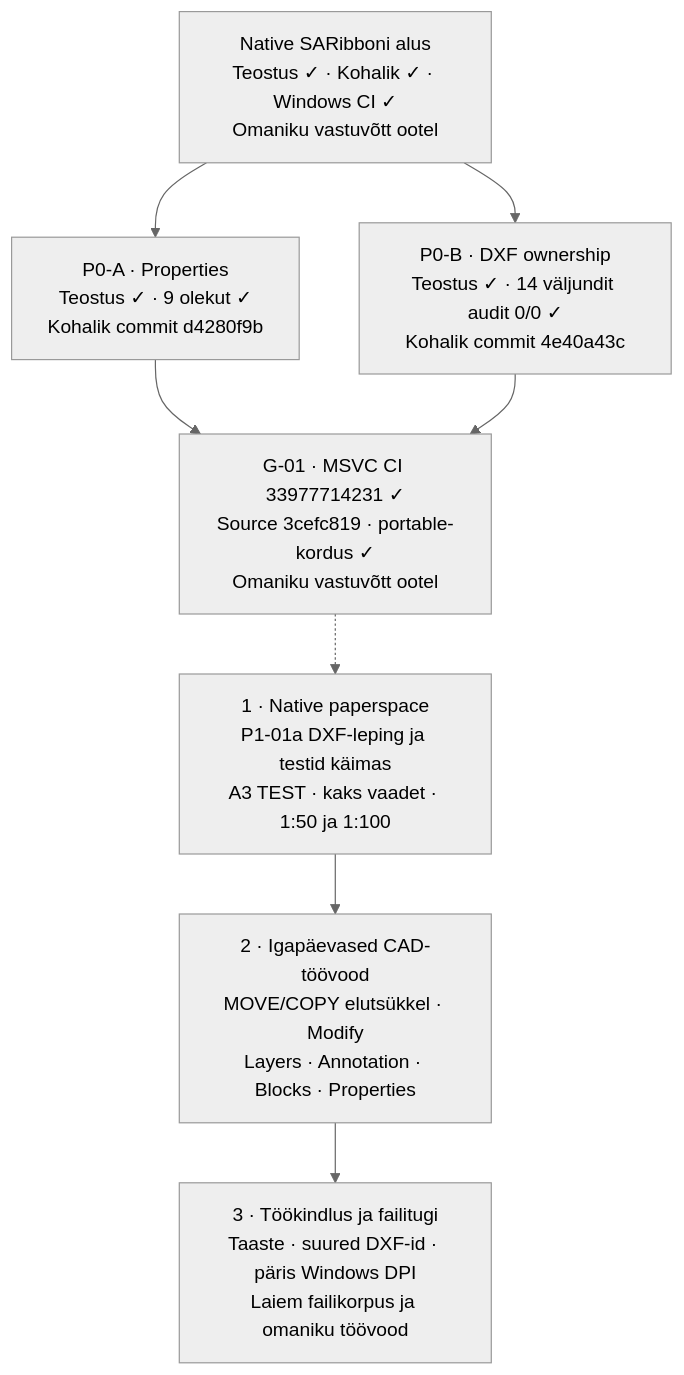
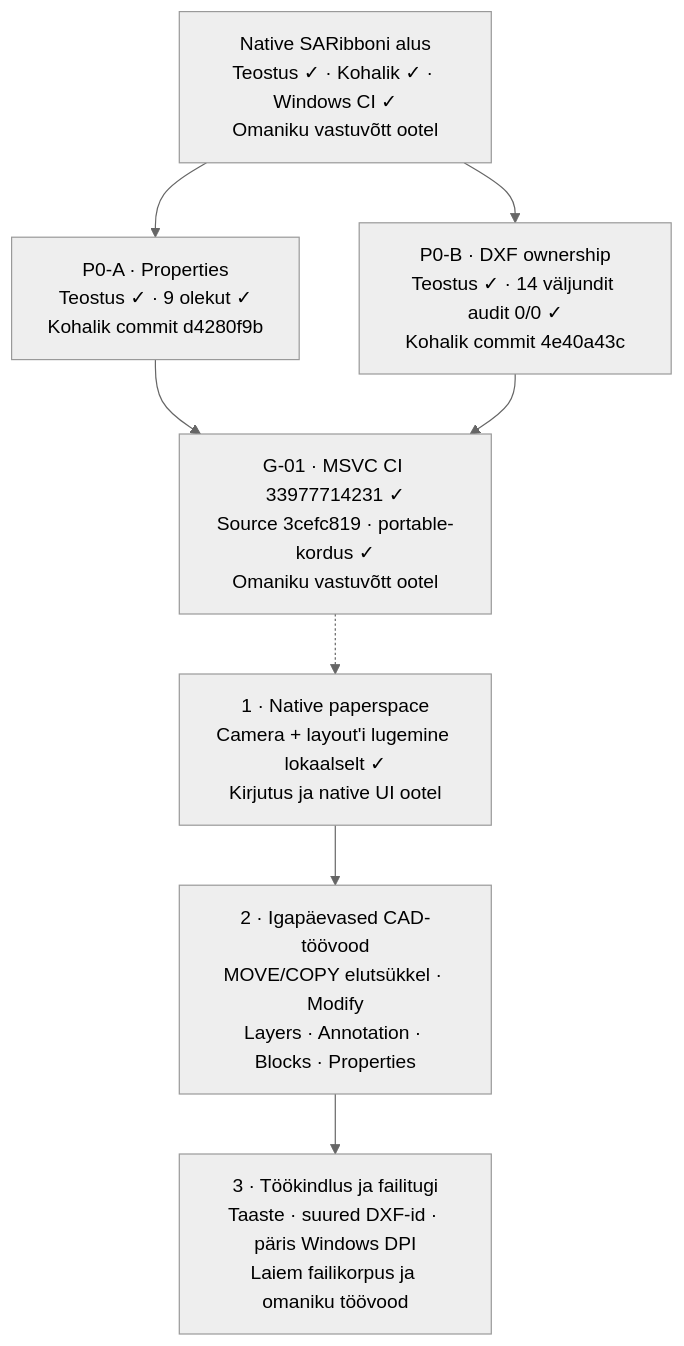
The first of 2 diagrams in docs/ROADMAP.md (T3stin-svg/kuubik-draw-native), drawn with Mermaid (neutral theme) before and after one commit. The commit also changed other lines of this file and 16 other files, not shown here.

Commit message:
feat(dxf): read layout records with scoped ownership and page settings

````diff
--- a/docs/ROADMAP.md
+++ b/docs/ROADMAP.md
@@ -14,16 +15,16 @@
 ```mermaid
 flowchart TD
     UI["Native SARibboni alus<br/>Teostus ✓ · Kohalik ✓ · Windows CI ✓<br/>Omaniku vastuvõtt ootel"]
     A["P0-A · Properties<br/>Teostus ✓ · 9 olekut ✓<br/>Kohalik commit d4280f9b"]
     B["P0-B · DXF ownership<br/>Teostus ✓ · 14 väljundit audit 0/0 ✓<br/>Kohalik commit 4e40a43c"]
     G["G-01 · MSVC CI 33977714231 ✓<br/>Source 3cefc819 · portable-kordus ✓<br/>Omaniku vastuvõtt ootel"]
-    P["1 · Native paperspace<br/>P1-01a DXF-leping ja testid käimas<br/>A3 TEST · kaks vaadet · 1:50 ja 1:100"]
+    P["1 · Native paperspace<br/>Camera + layout'i lugemine lokaalselt ✓<br/>Kirjutus ja native UI ootel"]
     C["2 · Igapäevased CAD-töövood<br/>MOVE/COPY elutsükkel · Modify<br/>Layers · Annotation · Blocks · Properties"]
     R["3 · Töökindlus ja failitugi<br/>Taaste · suured DXF-id · päris Windows DPI<br/>Laiem failikorpus ja omaniku töövood"]
     UI --> A
     UI --> B
     A --> G
     B --> G
     G -.-> P
     P --> C --> R
 ```
````
